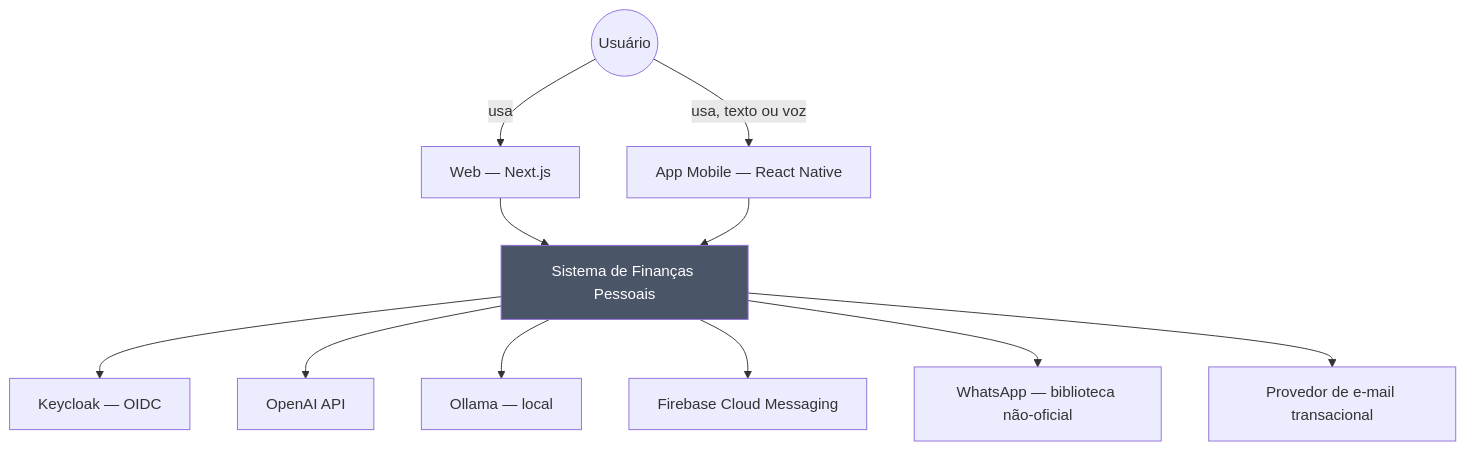
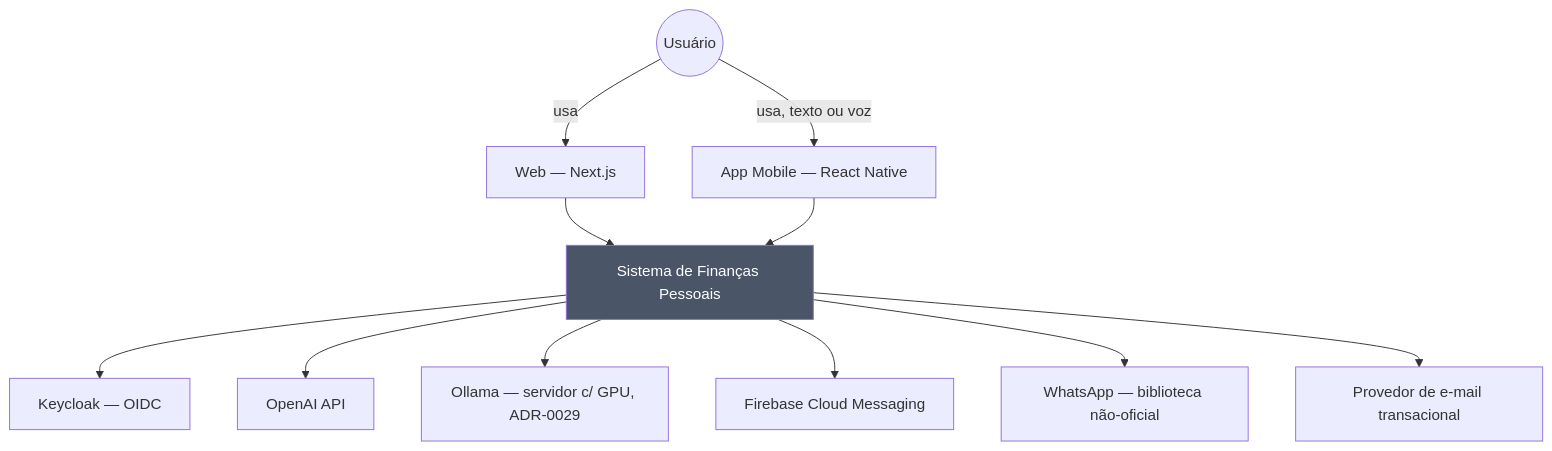
The first of 16 diagrams in docs/architecture/diagrams.md (wep1980/wepdev-financas), drawn with Mermaid before and after one commit. The commit also changed other lines of this file and 21 other files, not shown here.

First line of the commit message:
feat: fecha fatia 6 (CI/compose do web), corrige bugs de UX e migra Ollama pro servidor com GPU (ADR-0029)

````diff
--- a/docs/architecture/diagrams.md
+++ b/docs/architecture/diagrams.md
@@ -11,19 +11,19 @@
 ```mermaid
 graph TB
     Usuario((Usuário))
 
     Usuario -->|usa| Web[Web — Next.js]
     Usuario -->|usa, texto ou voz| Mobile[App Mobile — React Native]
 
     Web --> Sistema[Sistema de Finanças Pessoais]
     Mobile --> Sistema
 
     Sistema --> Keycloak[Keycloak — OIDC]
     Sistema --> OpenAI[OpenAI API]
-    Sistema --> Ollama[Ollama — local]
+    Sistema --> Ollama[Ollama — servidor c/ GPU, ADR-0029]
     Sistema --> FCM[Firebase Cloud Messaging]
     Sistema --> WhatsAppLib[WhatsApp — biblioteca não-oficial]
     Sistema --> EmailProvider[Provedor de e-mail transacional]
 
     style Sistema fill:#4a5568,color:#fff
 ```
````
